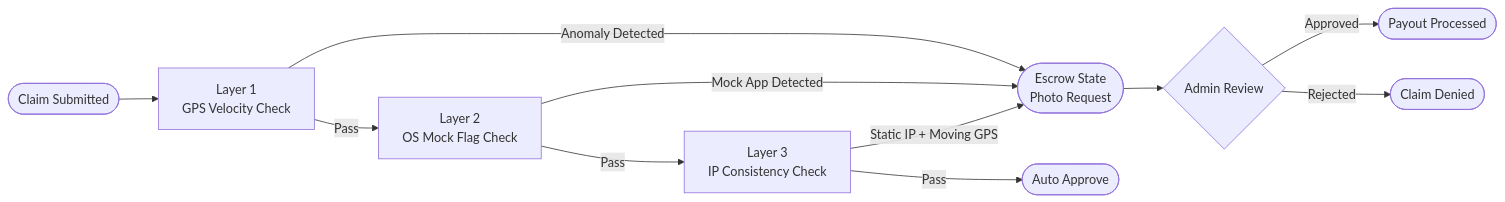
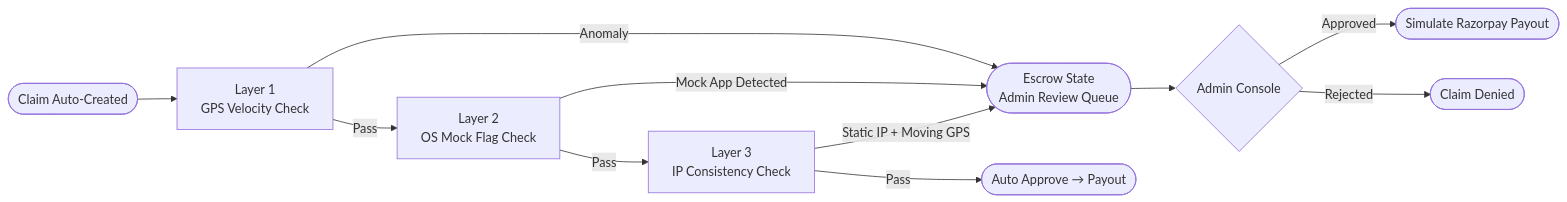
One commit to Raghvendra-Chauhan/Gig_Insura changed the second of 4 diagrams in README.md. Above: the diagram before and after it, drawn with Mermaid. The commit also changed other lines of this file and 12 other files, not shown here.

````diff
--- a/README.md
+++ b/README.md
@@ -241,13 +243,13 @@
 ```mermaid
 flowchart LR
-    A([Claim Submitted]) --> B[Layer 1\nGPS Velocity Check]
-    B -->|Anomaly Detected| E
+    A([Claim Auto-Created]) --> B[Layer 1\nGPS Velocity Check]
+    B -->|Anomaly| E
     B -->|Pass| C[Layer 2\nOS Mock Flag Check]
     C -->|Mock App Detected| E
     C -->|Pass| D[Layer 3\nIP Consistency Check]
     D -->|Static IP + Moving GPS| E
-    D -->|Pass| F([Auto Approve])
-    E([Escrow State\nPhoto Request]) --> G{Admin Review}
-    G -->|Approved| H([Payout Processed])
+    D -->|Pass| F([Auto Approve → Payout])
+    E([Escrow State\nAdmin Review Queue]) --> G{Admin Console}
+    G -->|Approved| H([Simulate Razorpay Payout])
     G -->|Rejected| I([Claim Denied])
 ```
````
